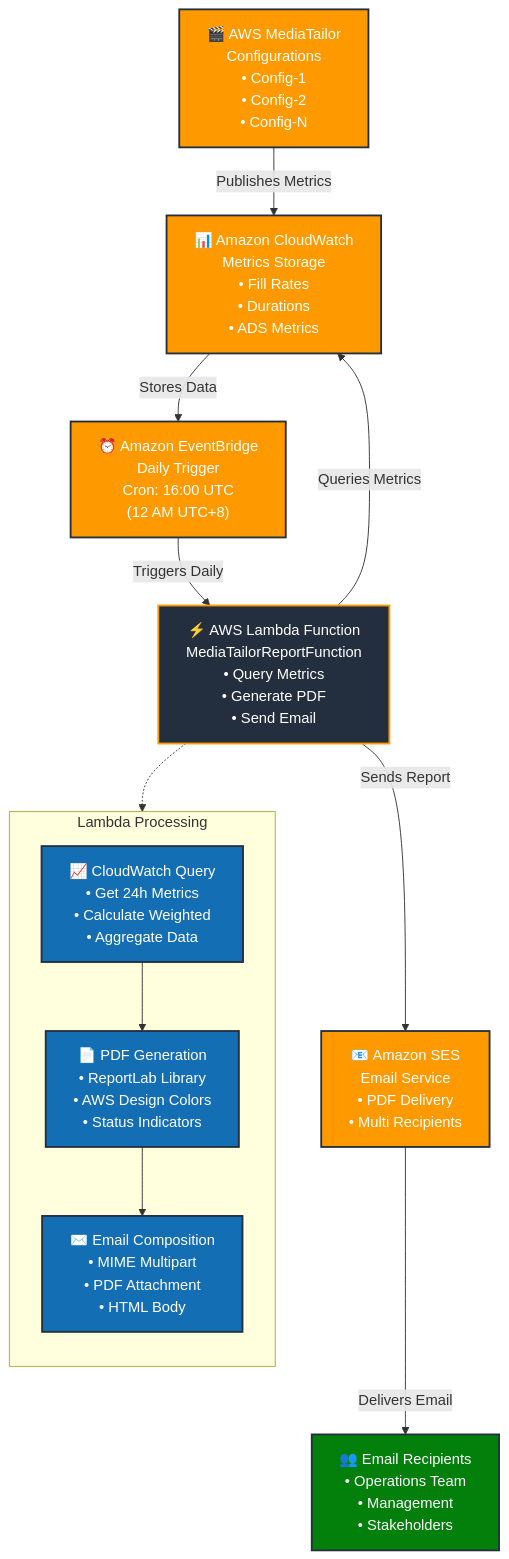
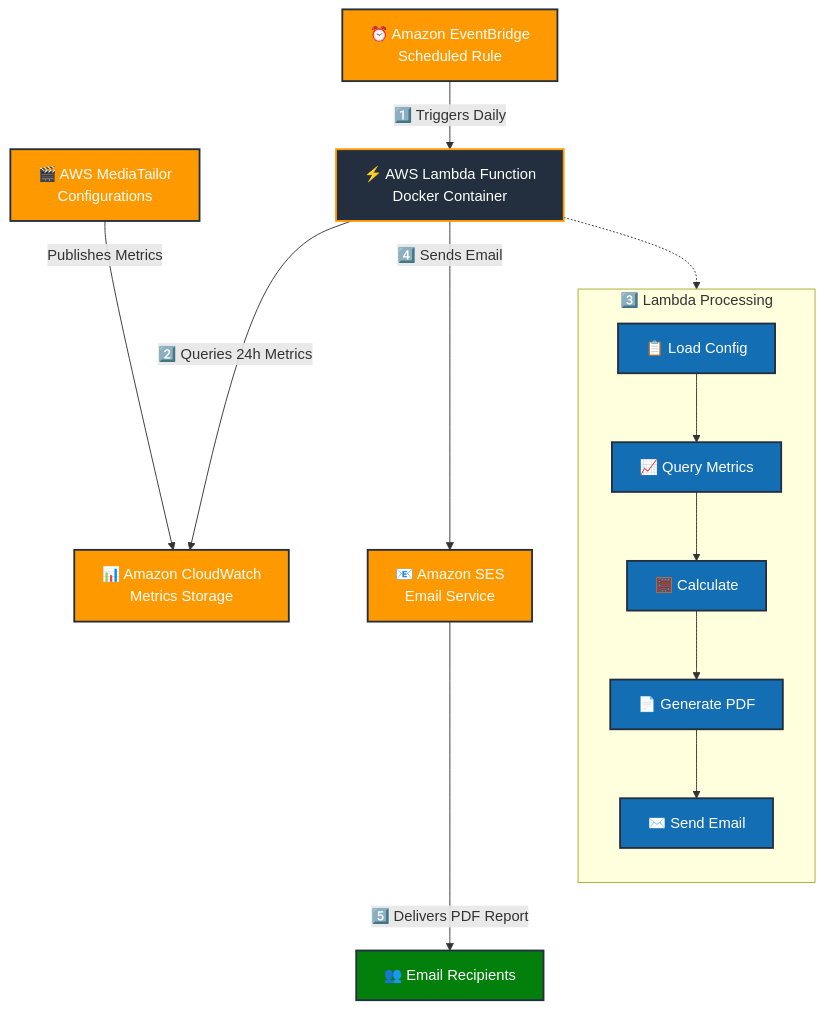
The diagram in ARCHITECTURE.md (aws-samples/sample-mediatailor-daily-report-automation), drawn with Mermaid before and after one commit. The commit also changed other lines of this file, not shown here.

First line of the commit message:
Simplify architecture diagram with numbered flow sequence

````diff
--- a/ARCHITECTURE.md
+++ b/ARCHITECTURE.md
@@ -9,40 +9,42 @@
 ```mermaid
 flowchart TD
-    MT["🎬 AWS MediaTailor<br/>Configurations<br/>• Config-1<br/>• Config-2<br/>• Config-N"] 
-    CW["📊 Amazon CloudWatch<br/>Metrics Storage<br/>• Fill Rates<br/>• Durations<br/>• ADS Metrics"]
-    EB["⏰ Amazon EventBridge<br/>Daily Trigger<br/>Cron: 16:00 UTC<br/>(12 AM UTC+8)"]
+    MT["🎬 AWS MediaTailor<br/>Configurations"] 
+    CW["📊 Amazon CloudWatch<br/>Metrics Storage"]
     
-    LF["⚡ AWS Lambda Function<br/>MediaTailorReportFunction<br/>• Query Metrics<br/>• Generate PDF<br/>• Send Email"]
+    EB["⏰ Amazon EventBridge<br/>Scheduled Rule"]
     
-    SES["📧 Amazon SES<br/>Email Service<br/>• PDF Delivery<br/>• Multi Recipients"]
+    LF["⚡ AWS Lambda Function<br/>Docker Container"]
     
-    USERS["👥 Email Recipients<br/>• Operations Team<br/>• Management<br/>• Stakeholders"]
+    SES["📧 Amazon SES<br/>Email Service"]
+    
+    USERS["👥 Email Recipients"]
     
     MT -->|"Publishes Metrics"| CW
-    CW -->|"Stores Data"| EB
-    EB -->|"Triggers Daily"| LF
-    LF -->|"Queries Metrics"| CW
-    LF -->|"Sends Report"| SES
-    SES -->|"Delivers Email"| USERS
+    EB -->|"1️⃣ Triggers Daily"| LF
+    LF -->|"2️⃣ Queries 24h Metrics"| CW
+    LF -->|"4️⃣ Sends Email"| SES
+    SES -->|"5️⃣ Delivers PDF Report"| USERS
     
-    subgraph "Lambda Processing"
+    subgraph "3️⃣ Lambda Processing"
         direction TB
-        Q["📈 CloudWatch Query<br/>• Get 24h Metrics<br/>• Calculate Weighted<br/>• Aggregate Data"]
-        P["📄 PDF Generation<br/>• ReportLab Library<br/>• AWS Design Colors<br/>• Status Indicators"]
-        E["✉️ Email Composition<br/>• MIME Multipart<br/>• PDF Attachment<br/>• HTML Body"]
+        LOAD["📋 Load Config"]
+        QUERY["📈 Query Metrics"]
+        CALC["🧮 Calculate"]
+        PDF["📄 Generate PDF"]
+        EMAIL["✉️ Send Email"]
         
-        Q --> P --> E
+        LOAD --> QUERY --> CALC --> PDF --> EMAIL
     end
     
-    LF -.-> Q
+    LF -.-> LOAD
     
     classDef aws fill:#FF9900,stroke:#232F3E,stroke-width:2px,color:#fff
     classDef service fill:#232F3E,stroke:#FF9900,stroke-width:2px,color:#fff
     classDef process fill:#146EB4,stroke:#232F3E,stroke-width:2px,color:#fff
     classDef user fill:#037F0C,stroke:#232F3E,stroke-width:2px,color:#fff
     
     class MT,CW,EB,SES aws
     class LF service
-    class Q,P,E process
+    class LOAD,QUERY,CALC,PDF,EMAIL process
     class USERS user
 ```
````
